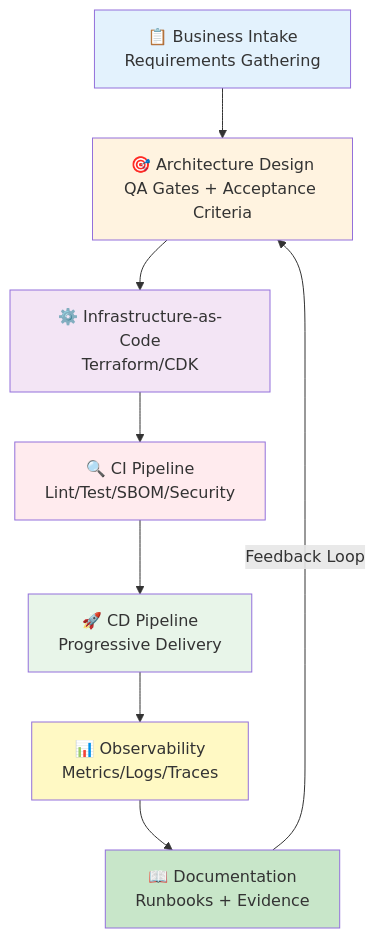
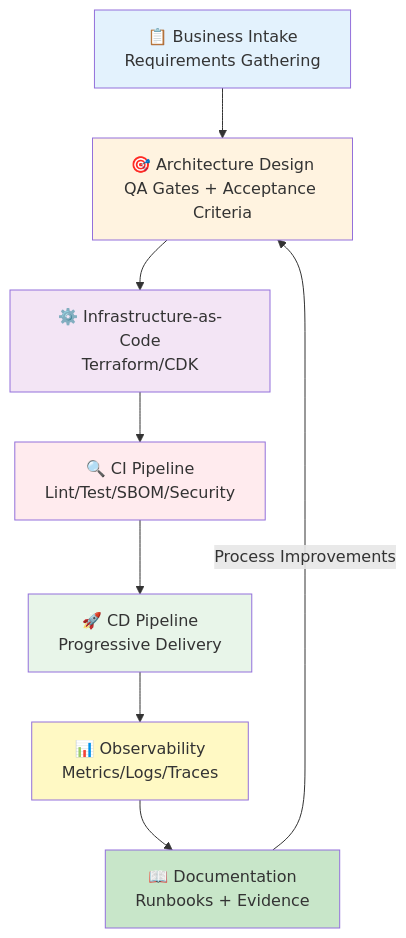
One commit to samueljackson-collab/Samueljackson-collab changed diagram 28 of 28 in README.md. Above: the diagram before and after it, drawn with Mermaid.

Commit message:
Address code review feedback - improve edge label consistency

````diff
--- a/README.md
+++ b/README.md
@@ -763,21 +763,21 @@
 ```mermaid
 flowchart TD
   Intake[📋 Business Intake<br/>Requirements Gathering]
   Plan[🎯 Architecture Design<br/>QA Gates + Acceptance Criteria]
   IaC[⚙️ Infrastructure-as-Code<br/>Terraform/CDK]
   CI[🔍 CI Pipeline<br/>Lint/Test/SBOM/Security]
   CD[🚀 CD Pipeline<br/>Progressive Delivery]
   Obs[📊 Observability<br/>Metrics/Logs/Traces]
   Docs[📖 Documentation<br/>Runbooks + Evidence]
 
   Intake --> Plan --> IaC --> CI --> CD --> Obs --> Docs
-  Docs -->|Feedback Loop| Plan
+  Docs -->|Process Improvements| Plan
   
   style Intake fill:#e3f2fd
   style Plan fill:#fff3e0
   style IaC fill:#f3e5f5
   style CI fill:#ffebee
   style CD fill:#e8f5e9
   style Obs fill:#fff9c4
   style Docs fill:#c8e6c9
 ```
````
